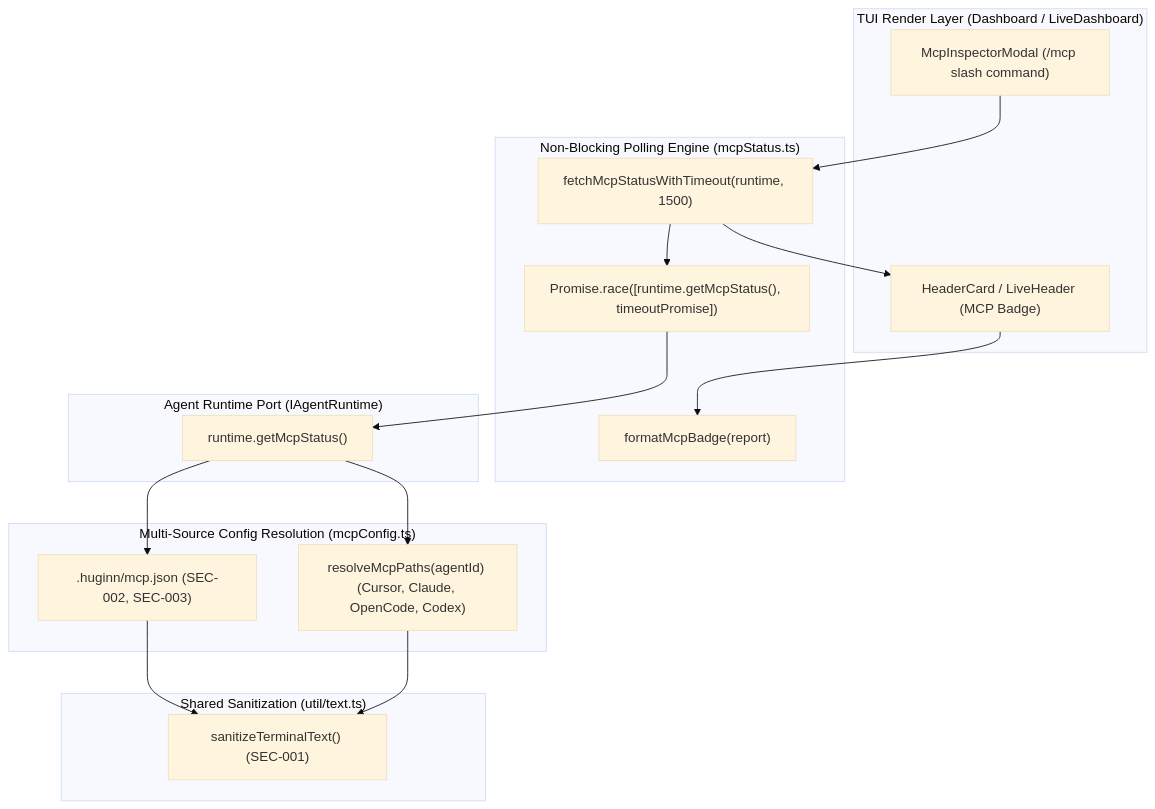
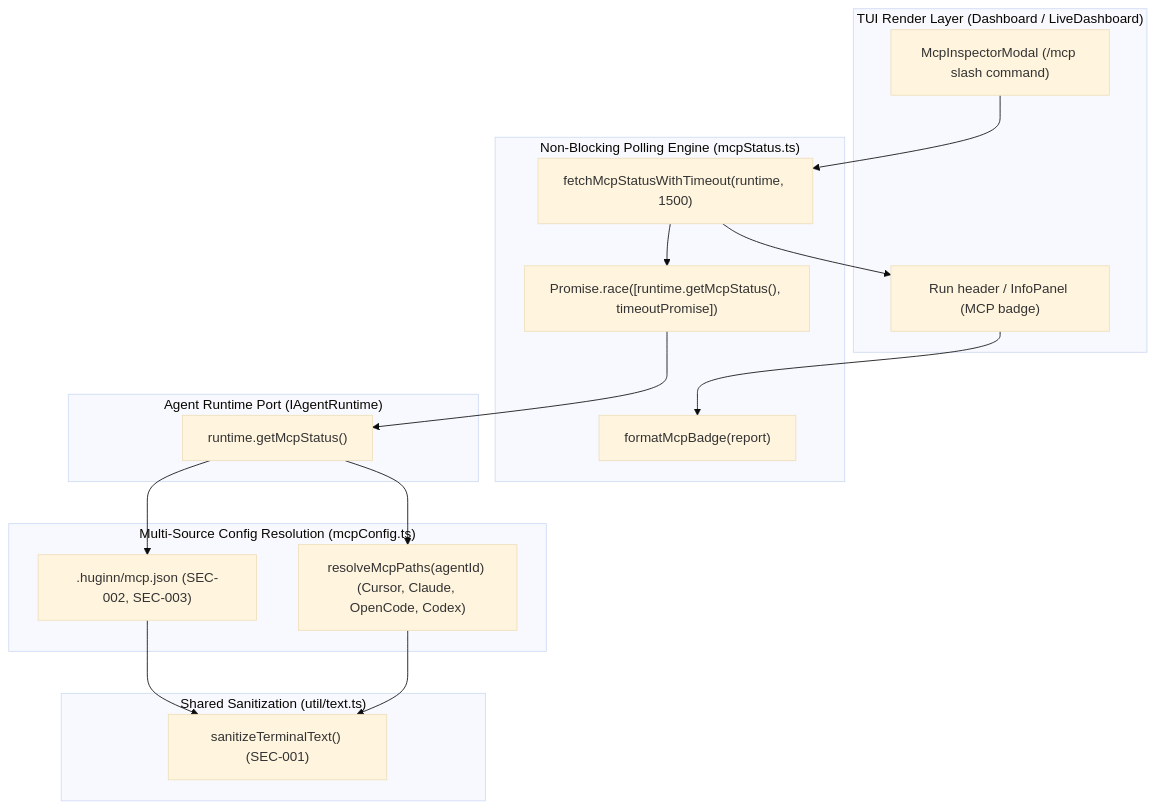
Before and after one commit to dahch/huginn: diagram 16 of 26 in DESIGN.md, drawn with Mermaid (base theme). The commit also changed other lines of this file and 20 other files, not shown here.

````diff
--- a/DESIGN.md
+++ b/DESIGN.md
@@ -1533,36 +1534,36 @@
 ```mermaid
 flowchart TD
     subgraph "TUI Render Layer (Dashboard / LiveDashboard)"
-        Header["HeaderCard / LiveHeader (MCP Badge)"]
+        Header["Run header / InfoPanel (MCP badge)"]
         Inspector["McpInspectorModal (/mcp slash command)"]
     end
 
     subgraph "Non-Blocking Polling Engine (mcpStatus.ts)"
         Poller["fetchMcpStatusWithTimeout(runtime, 1500)"]
         Race["Promise.race([runtime.getMcpStatus(), timeoutPromise])"]
         Formatter["formatMcpBadge(report)"]
     end
 
     subgraph "Agent Runtime Port (IAgentRuntime)"
         Runtime["runtime.getMcpStatus()"]
     end
 
     subgraph "Multi-Source Config Resolution (mcpConfig.ts)"
         ProjectConfig[".huginn/mcp.json (SEC-002, SEC-003)"]
         AgentConfigs["resolveMcpPaths(agentId) (Cursor, Claude, OpenCode, Codex)"]
     end
 
     subgraph "Shared Sanitization (util/text.ts)"
         Sanitizer["sanitizeTerminalText() (SEC-001)"]
     end
 
     Header --> Formatter
     Poller --> Race
     Race --> Runtime
     Runtime --> ProjectConfig
     Runtime --> AgentConfigs
     ProjectConfig --> Sanitizer
     AgentConfigs --> Sanitizer
     Poller --> Header
     Inspector --> Poller
 ```
````
